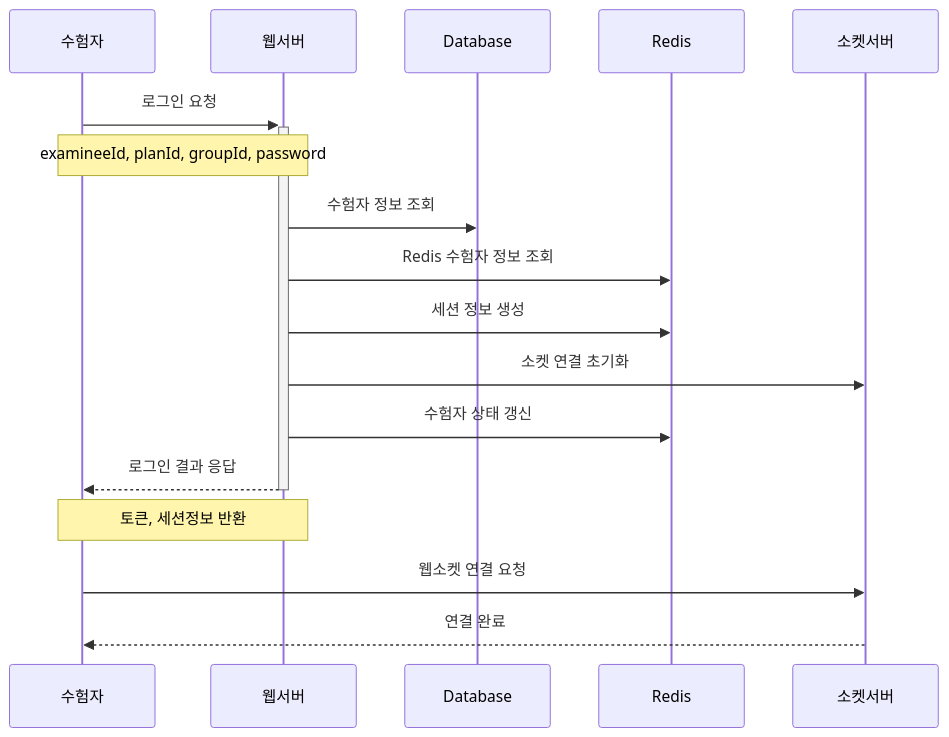
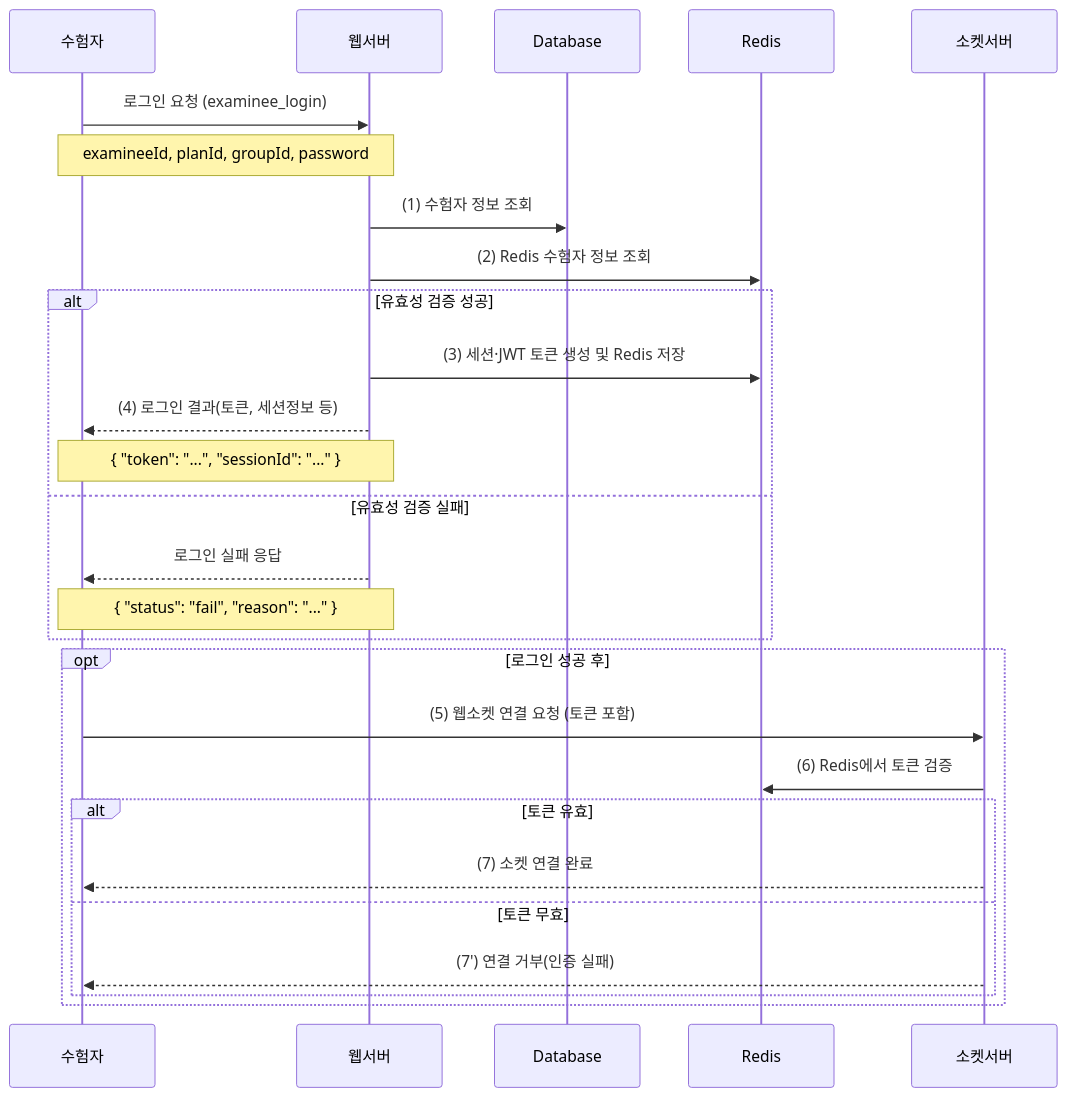
One commit to ldmrepo/exam-arch changed the first of 2 diagrams in 시나리오/04 수험자 로그인 시나리오.md. Above: the diagram before and after it, drawn with Mermaid. The commit also changed other lines of this file and 3 other files, not shown here.

````diff
--- a/시나리오/04 수험자 로그인 시나리오.md
+++ b/시나리오/04 수험자 로그인 시나리오.md
@@ -12,25 +24,33 @@
 ```mermaid
 sequenceDiagram
-    participant E as 수험자
-    participant W as 웹서버
-    participant D as Database
-    participant R as Redis
-    participant SK as 소켓서버
+   participant E as 수험자
+   participant W as 웹서버
+   participant D as Database
+   participant R as Redis
+   participant SK as 소켓서버
 
-    E->>+W: 로그인 요청
-    Note over E,W: examineeId, planId, groupId, password
+   E->>W: 로그인 요청 (examinee_login)
+   Note over E,W: examineeId, planId, groupId, password
 
-    W->>D: 수험자 정보 조회
-    W->>R: Redis 수험자 정보 조회
+   W->>D: (1) 수험자 정보 조회
+   W->>R: (2) Redis 수험자 정보 조회
 
-    W->>R: 세션 정보 생성
-    W->>SK: 소켓 연결 초기화
+   alt 유효성 검증 성공
+       W->>R: (3) 세션·JWT 토큰 생성 및 Redis 저장
+       W-->>E: (4) 로그인 결과(토큰, 세션정보 등)
+       Note over E,W: { "token": "...", "sessionId": "..." }
+   else 유효성 검증 실패
+       W-->>E: 로그인 실패 응답
+       Note over E,W: { "status": "fail", "reason": "..." }
+   end
 
-    W->>R: 수험자 상태 갱신
-
-    W-->>-E: 로그인 결과 응답
-    Note over E,W: 토큰, 세션정보 반환
-
-    E->>SK: 웹소켓 연결 요청
-    SK-->>E: 연결 완료
+   opt 로그인 성공 후
+       E->>SK: (5) 웹소켓 연결 요청 (토큰 포함)
+       SK->>R: (6) Redis에서 토큰 검증
+       alt 토큰 유효
+           SK-->>E: (7) 소켓 연결 완료
+       else 토큰 무효
+           SK-->>E: (7') 연결 거부(인증 실패)
+       end
+   end
 ```
````
